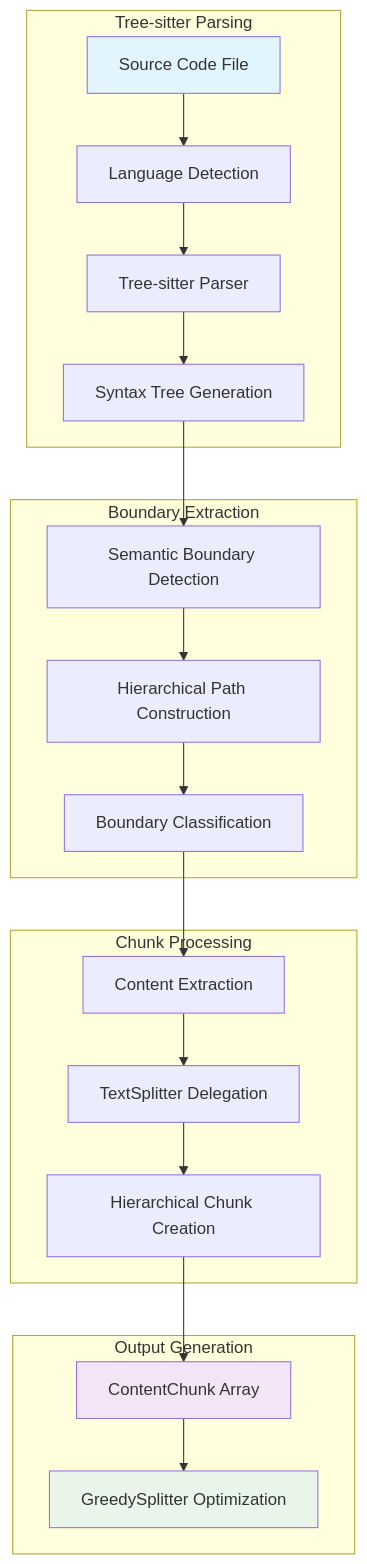
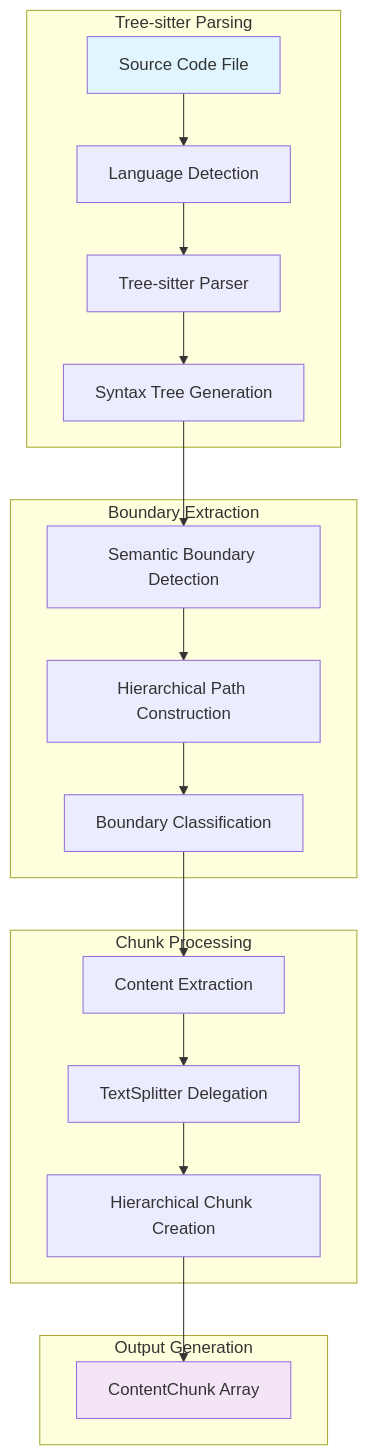
One commit to arabold/docs-mcp-server changed the first of 6 diagrams in docs/source-code-splitter.md. Above: the diagram before and after it, drawn with Mermaid. The commit also changed other lines of this file and 5 other files, not shown here.

````diff
--- a/docs/source-code-splitter.md
+++ b/docs/source-code-splitter.md
@@ -29,42 +29,39 @@
 ```mermaid
 graph TD
     subgraph "Tree-sitter Parsing"
         A[Source Code File]
         B[Language Detection]
         C[Tree-sitter Parser]
         D[Syntax Tree Generation]
     end
 
     subgraph "Boundary Extraction"
         E[Semantic Boundary Detection]
         F[Hierarchical Path Construction]
         G[Boundary Classification]
     end
 
     subgraph "Chunk Processing"
         H[Content Extraction]
         I[TextSplitter Delegation]
         J[Hierarchical Chunk Creation]
     end
 
     subgraph "Output Generation"
         K[ContentChunk Array]
-        L[GreedySplitter Optimization]
     end
 
     A --> B
     B --> C
     C --> D
     D --> E
     E --> F
     F --> G
     G --> H
     H --> I
     I --> J
     J --> K
-    K --> L
 
     style A fill:#e1f5fe
     style K fill:#f3e5f5
-    style L fill:#e8f5e8
 ```
````
